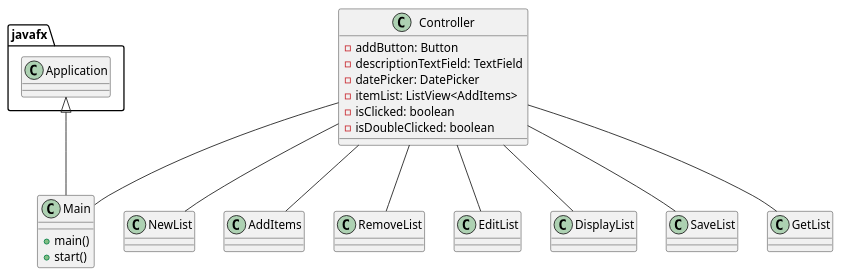
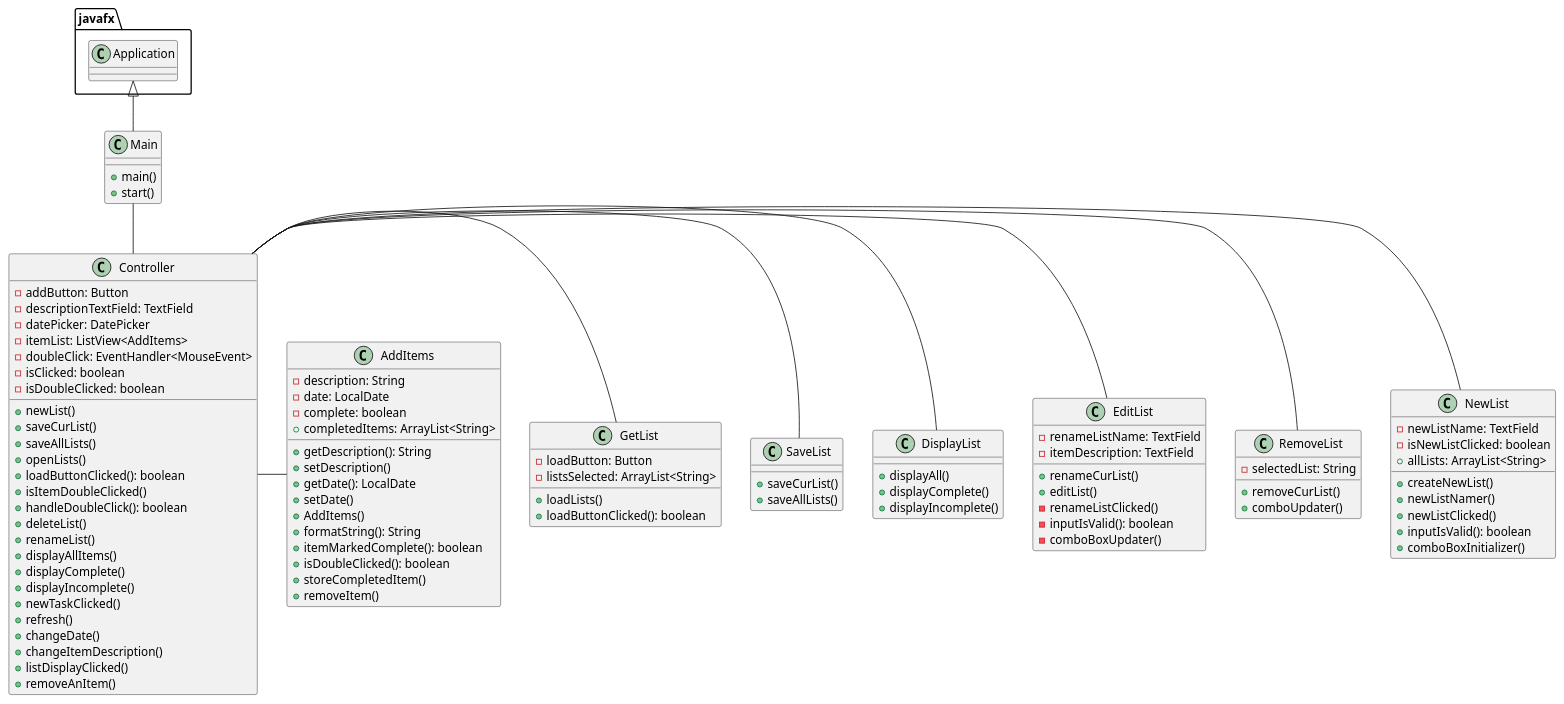
The diagram in uml/ToDoList.puml (GabrielFernandez14/fernandez-cop3330-assignment4), drawn with PlantUML before and after one commit.

Commit message:
Completed Class Diagram

```diff
--- a/uml/ToDoList.puml
+++ b/uml/ToDoList.puml
@@ -1,42 +1,113 @@
 @startuml
 'https://plantuml.com/sequence-diagram
 
 class Main {
     + main()
     + start()
 }
 
 class Controller {
     - addButton: Button
     - descriptionTextField: TextField
     - datePicker: DatePicker
     - itemList: ListView<AddItems>
+    - doubleClick: EventHandler<MouseEvent>
     - isClicked: boolean
     - isDoubleClicked: boolean
+
+    + newList()
+    + saveCurList()
+    + saveAllLists()
+    + openLists()
+    + loadButtonClicked(): boolean
+    + isItemDoubleClicked()
+    + handleDoubleClick(): boolean
+    + deleteList()
+    + renameList()
+    + displayAllItems()
+    + displayComplete()
+    + displayIncomplete()
+    + newTaskClicked()
+    + refresh()
+    + changeDate()
+    + changeItemDescription()
+    + listDisplayClicked()
+    + removeAnItem()
 }
 class NewList {
+    - newListName: TextField
+    - isNewListClicked: boolean
+    + allLists: ArrayList<String>
+
+    + createNewList()
+    + newListNamer()
+    + newListClicked()
+    + inputIsValid(): boolean
+    + comboBoxInitializer()
 }
+
 class AddItems {
+    - description: String
+    - date: LocalDate
+    - complete: boolean
+    + completedItems: ArrayList<String>
+
+    + getDescription(): String
+    + setDescription()
+    + getDate(): LocalDate
+    + setDate()
+    + AddItems()
+    + formatString(): String
+    + itemMarkedComplete(): boolean
+    + isDoubleClicked(): boolean
+    + storeCompletedItem()
+    + removeItem()
 }
+
 class RemoveList {
+    - selectedList: String
+
+    + removeCurList()
+    + comboUpdater()
 }
+
 class EditList {
+    - renameListName: TextField
+    - itemDescription: TextField
+
+    + renameCurList()
+    + editList()
+    - renameListClicked()
+    - inputIsValid(): boolean
+    - comboBoxUpdater()
 }
+
 class DisplayList {
+    + displayAll()
+    + displayComplete()
+    + displayIncomplete()
 }
+
 class SaveList {
+    + saveCurList()
+    + saveAllLists()
 }
+
 class GetList {
+    - loadButton: Button
+    - listsSelected: ArrayList<String>
+
+    + loadLists()
+    + loadButtonClicked(): boolean
 }
 
 javafx.Application <|-- Main
-Controller -- Main
-Controller -- NewList
-Controller -- RemoveList
-Controller -- EditList
-Controller -- DisplayList
-Controller -- SaveList
-Controller -- GetList
-Controller -- AddItems
-
+Main -- Controller
+Controller - NewList
+Controller - RemoveList
+Controller - EditList
+Controller - DisplayList
+Controller - SaveList
+Controller - GetList
+Controller - AddItems
 @enduml
```
